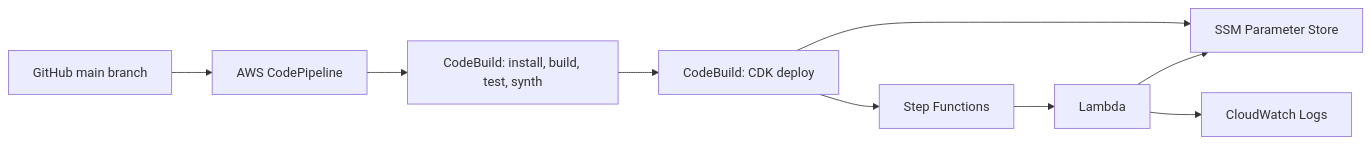
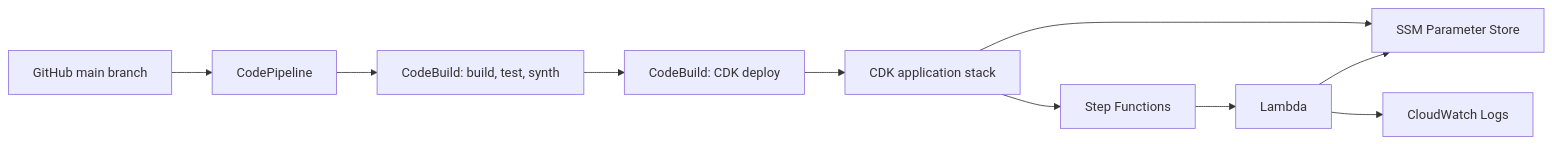
Before and after one commit to RURIGIMK/aws-serverless-workflow-platform: the diagram in README.md, drawn with Mermaid. The commit also changed other lines of this file, not shown here.

````diff
--- a/README.md
+++ b/README.md
@@ -14,11 +14,12 @@
 ```mermaid
 flowchart LR
-  G[GitHub main branch] --> P[AWS CodePipeline]
-  P --> B[CodeBuild: install, build, test, synth]
+  G[GitHub main branch] --> P[CodePipeline]
+  P --> B[CodeBuild: build, test, synth]
   B --> D[CodeBuild: CDK deploy]
-  D --> S[SSM Parameter Store]
-  D --> F[Step Functions]
+  D --> A[CDK application stack]
+  A --> S[SSM Parameter Store]
+  A --> F[Step Functions]
   F --> L[Lambda]
   L --> S
   L --> C[CloudWatch Logs]
 ```
````
